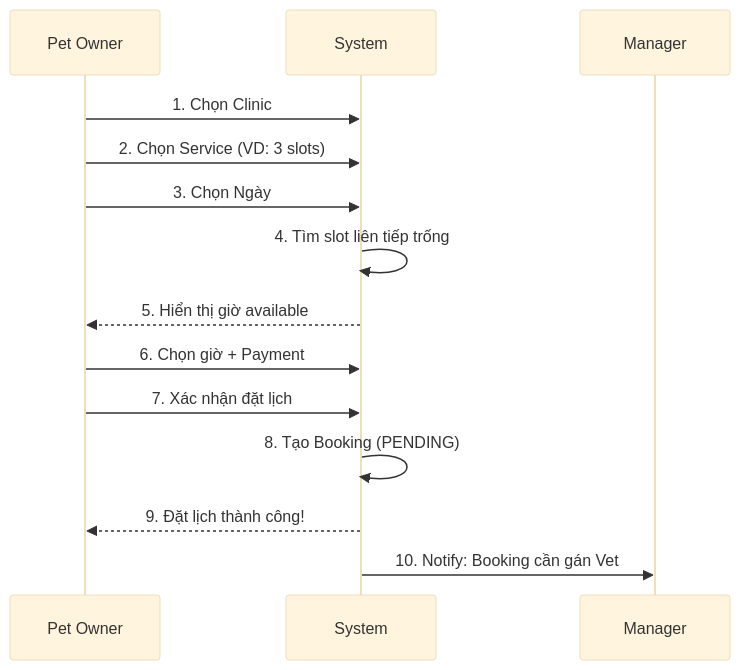
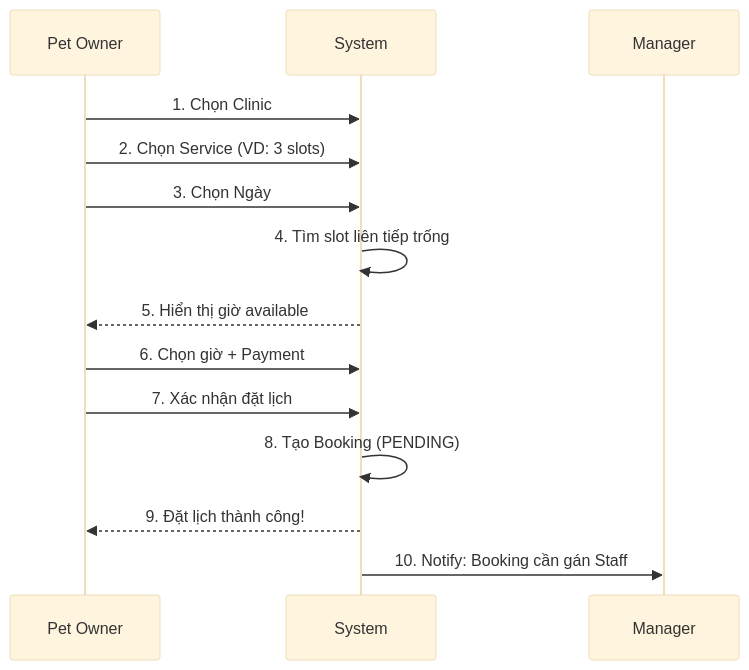
Before and after one commit to espresso23/Petties-Veterinary-Appointment-Booking-Platform: the second of 5 diagrams in docs-references/documentation/VET_SCHEDULING_STRATEGY.md, drawn with Mermaid (base theme). The commit also changed other lines of this file and 204 other files, not shown here.

First line of the commit message:
refactor(all): complete vet→staff naming migration across codebase

````diff
--- a/docs-references/documentation/VET_SCHEDULING_STRATEGY.md
+++ b/docs-references/documentation/VET_SCHEDULING_STRATEGY.md
@@ -178,17 +179,17 @@
 ```mermaid
 sequenceDiagram
     participant PO as Pet Owner
     participant SYS as System
     participant MGR as Manager
 
     PO->>SYS: 1. Chọn Clinic
     PO->>SYS: 2. Chọn Service (VD: 3 slots)
     PO->>SYS: 3. Chọn Ngày
     SYS->>SYS: 4. Tìm slot liên tiếp trống
     SYS-->>PO: 5. Hiển thị giờ available
     PO->>SYS: 6. Chọn giờ + Payment
     PO->>SYS: 7. Xác nhận đặt lịch
     SYS->>SYS: 8. Tạo Booking (PENDING)
     SYS-->>PO: 9. Đặt lịch thành công!
-    SYS->>MGR: 10. Notify: Booking cần gán Vet
+    SYS->>MGR: 10. Notify: Booking cần gán Staff
 ```
````
